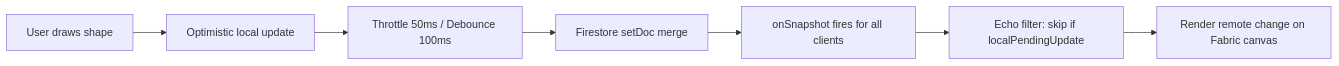
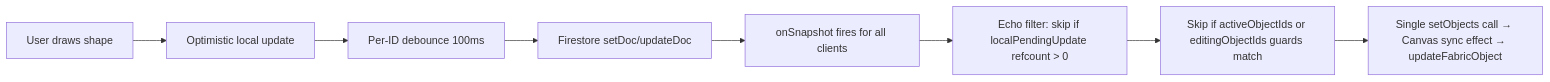
Before and after one commit to quandole-oss/Week-1-Project-ColabCanvas: the second of 3 diagrams in ARCHITECTURE.md, drawn with Mermaid. The commit also changed other lines of this file and 6 other files, not shown here.

````diff
--- a/ARCHITECTURE.md
+++ b/ARCHITECTURE.md
@@ -44,9 +46,10 @@
 ```mermaid
 flowchart LR
     A["User draws shape"] --> B["Optimistic local update"]
-    B --> C["Throttle 50ms / Debounce 100ms"]
-    C --> D["Firestore setDoc merge"]
+    B --> C["Per-ID debounce 100ms"]
+    C --> D["Firestore setDoc/updateDoc"]
     D --> E["onSnapshot fires for all clients"]
-    E --> F["Echo filter: skip if localPendingUpdate"]
-    F --> G["Render remote change on Fabric canvas"]
+    E --> F["Echo filter: skip if localPendingUpdate refcount > 0"]
+    F --> G["Skip if activeObjectIds or editingObjectIds guards match"]
+    G --> H["Single setObjects call → Canvas sync effect → updateFabricObject"]
 ```
````
